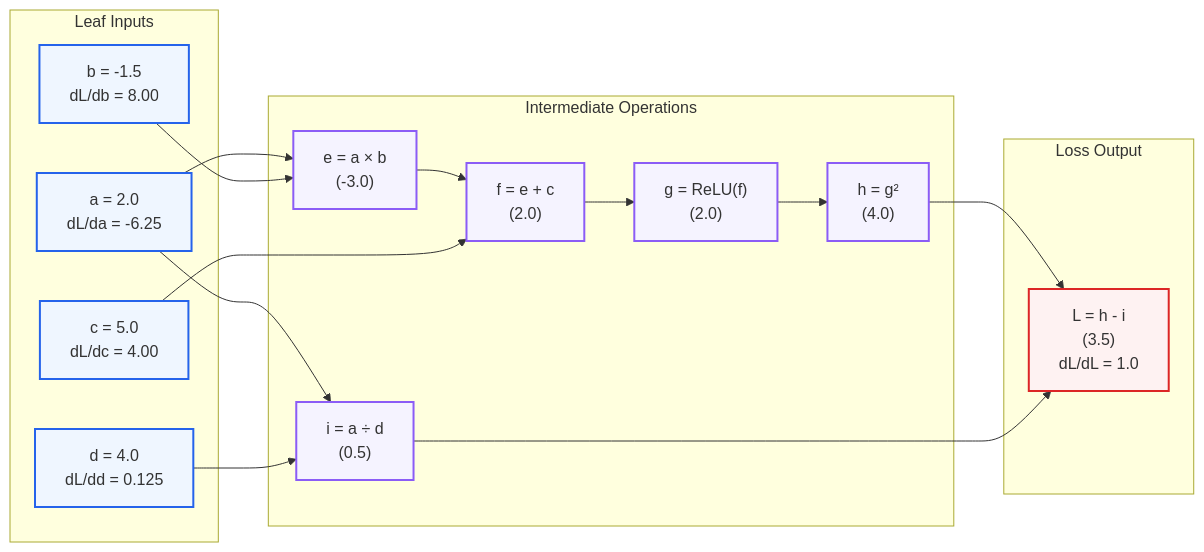
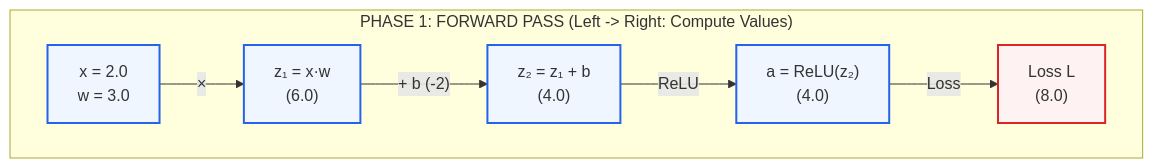
The first of 2 diagrams in chapters/04-autograd-engine/README.md (Soorya-Narayan/Neural-networks-from-scratch), drawn with Mermaid before and after one commit. The commit also changed other lines of this file and 3 other files, not shown here.

Commit message:
docs(ch04): redesign DAG computational graph with clarified 3-part educational infographic

````diff
--- a/chapters/04-autograd-engine/README.md
+++ b/chapters/04-autograd-engine/README.md
@@ -70,39 +75,15 @@
 ```mermaid
 flowchart LR
-    subgraph Inputs["Leaf Inputs"]
-        a["a = 2.0<br/>dL/da = -6.25"]
-        b["b = -1.5<br/>dL/db = 8.00"]
-        c["c = 5.0<br/>dL/dc = 4.00"]
-        d["d = 4.0<br/>dL/dd = 0.125"]
+    subgraph Phase1["PHASE 1: FORWARD PASS (Left -> Right: Compute Values)"]
+        direction LR
+        x["x = 2.0<br/>w = 3.0"] -->|"×"| z1["z₁ = x·w<br/>(6.0)"]
+        z1 -->|"+ b (-2)"| z2["z₂ = z₁ + b<br/>(4.0)"]
+        z2 -->|"ReLU"| a["a = ReLU(z₂)<br/>(4.0)"]
+        a -->|"Loss"| L["Loss L<br/>(8.0)"]
     end
 
-    subgraph Graph["Intermediate Operations"]
-        e["e = a × b<br/>(-3.0)"]
-        f["f = e + c<br/>(2.0)"]
-        g["g = ReLU(f)<br/>(2.0)"]
-        h["h = g²<br/>(4.0)"]
-        i["i = a ÷ d<br/>(0.5)"]
-    end
-
-    subgraph LossNode["Loss Output"]
-        L["L = h - i<br/>(3.5)<br/>dL/dL = 1.0"]
-    end
-
-    a --> e
-    b --> e
-    e --> f
-    c --> f
-    f --> g
-    g --> h
-    a --> i
-    d --> i
-    h --> L
-    i --> L
-
-    classDef leafStyle fill:#eff6ff,stroke:#2563eb,stroke-width:2px;
-    classDef opStyle fill:#f5f3ff,stroke:#8b5cf6,stroke-width:2px;
+    classDef fwdStyle fill:#eff6ff,stroke:#2563eb,stroke-width:2px;
     classDef lossStyle fill:#fef2f2,stroke:#dc2626,stroke-width:2px;
-    class a,b,c,d leafStyle;
-    class e,f,g,h,i opStyle;
+    class x,z1,z2,a fwdStyle;
     class L lossStyle;
 ```
````
